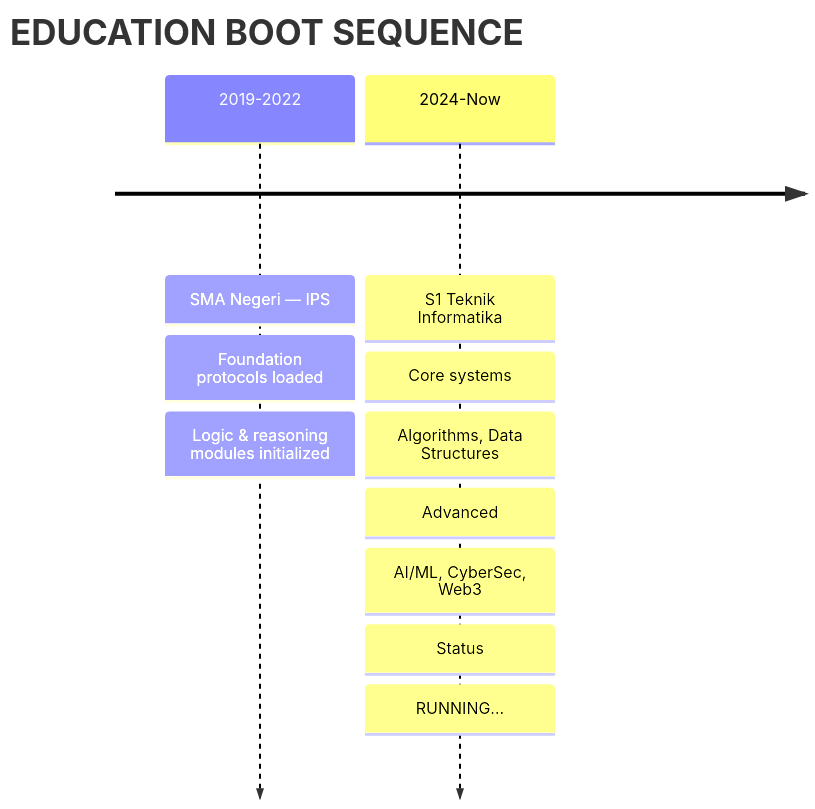
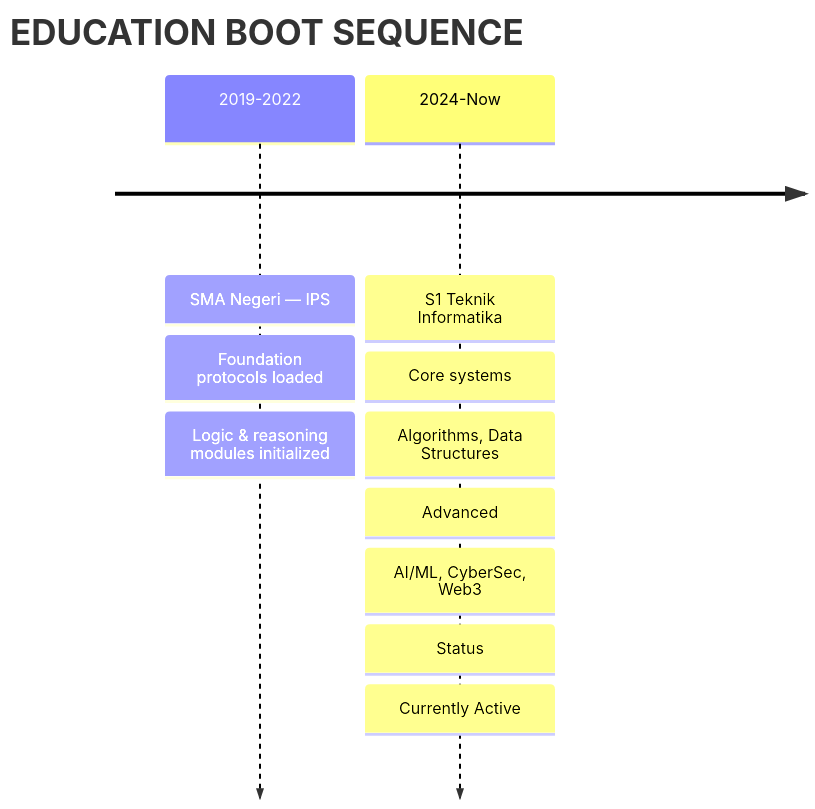
The diagram in README.md (tiarasani-anita/Tiarasani-anita), drawn with Mermaid before and after one commit. The commit also changed other lines of this file, not shown here.

````diff
--- a/README.md
+++ b/README.md
@@ -169,11 +186,11 @@
 ```mermaid
 timeline
     title EDUCATION BOOT SEQUENCE
     2019-2022 : SMA Negeri — IPS
               : Foundation protocols loaded
               : Logic & reasoning modules initialized
     2024-Now  : S1 Teknik Informatika
               : Core systems: Algorithms, Data Structures
               : Advanced: AI/ML, CyberSec, Web3
-              : Status: RUNNING...
+              : Status: Currently Active
 ```
````
